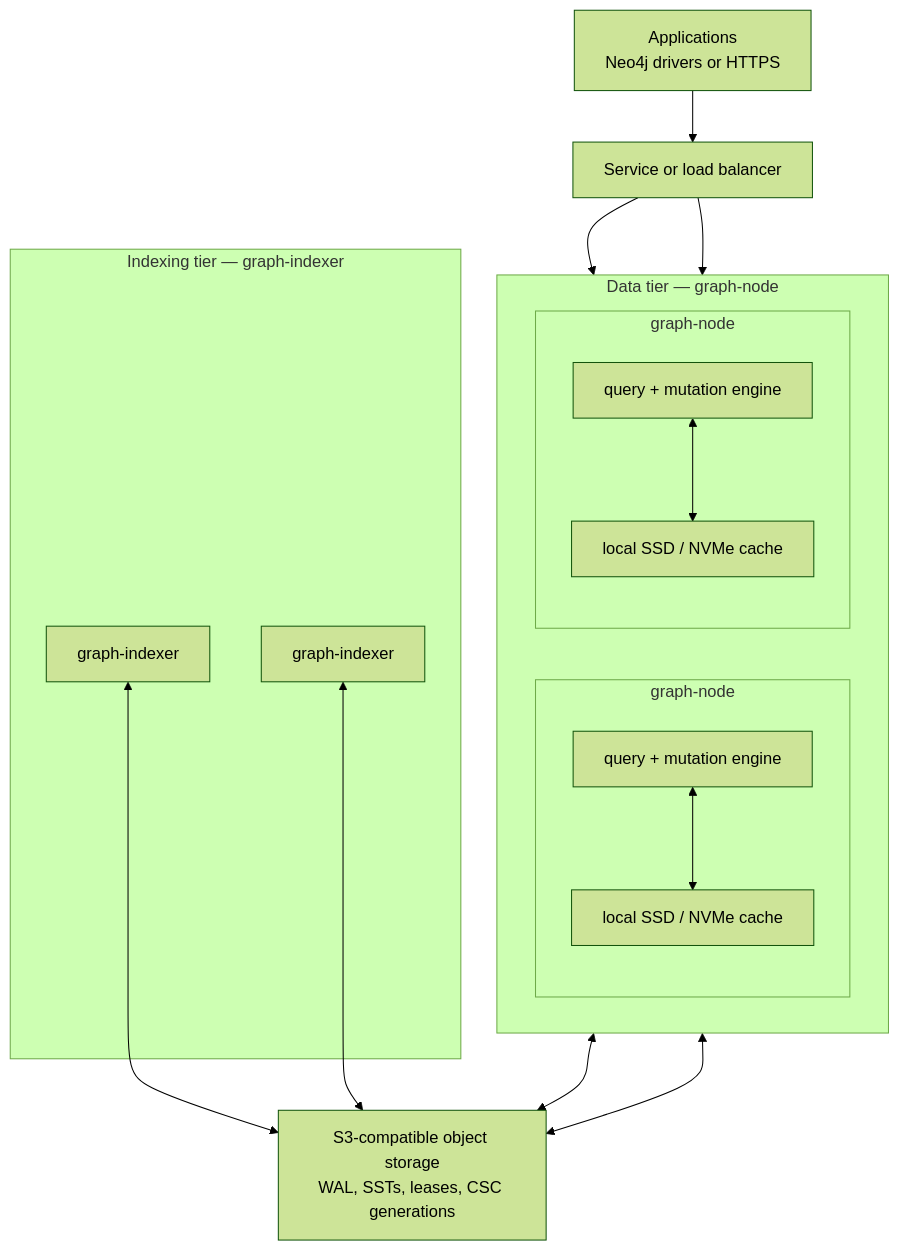
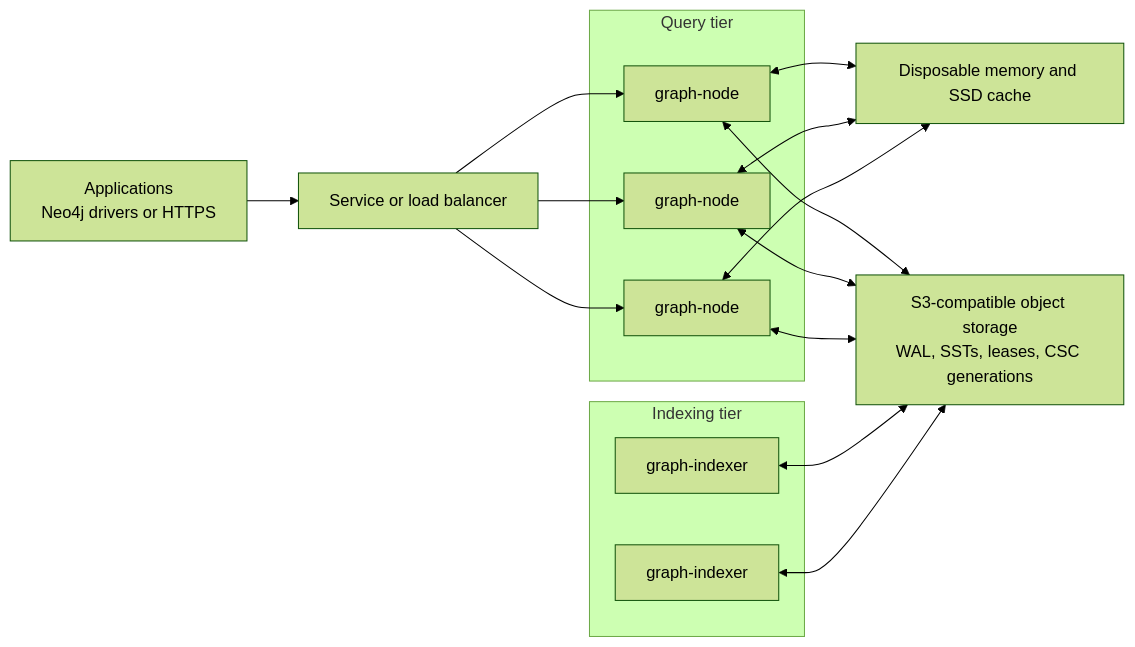
One commit to OrliAoli/gh-radar changed the diagram in data/readme/hydra-db__hydradb.md. Above: the diagram before and after it, drawn with Mermaid (forest theme). The commit also changed other lines of this file and 24 other files, not shown here.

````diff
--- a/data/readme/hydra-db__hydradb.md
+++ b/data/readme/hydra-db__hydradb.md
@@ -42,34 +36,32 @@
 ```mermaid
-flowchart TB
+flowchart LR
     C["Applications<br/>Neo4j drivers or HTTPS"]
     SVC["Service or load balancer"]
 
-    subgraph Q["Data tier — graph-node"]
-        direction LR
-        subgraph N1["graph-node"]
-            Q1["query + mutation engine"]
-            S1["local SSD / NVMe cache"]
-            Q1 <--> S1
-        end
-        subgraph N2["graph-node"]
-            Q2["query + mutation engine"]
-            S2["local SSD / NVMe cache"]
-            Q2 <--> S2
-        end
+    subgraph Q["Query tier"]
+        Q1["graph-node"]
+        Q2["graph-node"]
+        QN["graph-node"]
     end
 
-    subgraph I["Indexing tier — graph-indexer"]
+    subgraph I["Indexing tier"]
         IX1["graph-indexer"]
         IXN["graph-indexer"]
     end
 
+    CACHE["Disposable memory and SSD cache"]
     STORE["S3-compatible object storage<br/>WAL, SSTs, leases, CSC generations"]
 
     C --> SVC
-    SVC --> N1
-    SVC --> N2
-    N1 <--> STORE
-    N2 <--> STORE
+    SVC --> Q1
+    SVC --> Q2
+    SVC --> QN
+    Q1 <--> CACHE
+    Q2 <--> CACHE
+    QN <--> CACHE
+    Q1 <--> STORE
+    Q2 <--> STORE
+    QN <--> STORE
     IX1 <--> STORE
     IXN <--> STORE
 ```
````
